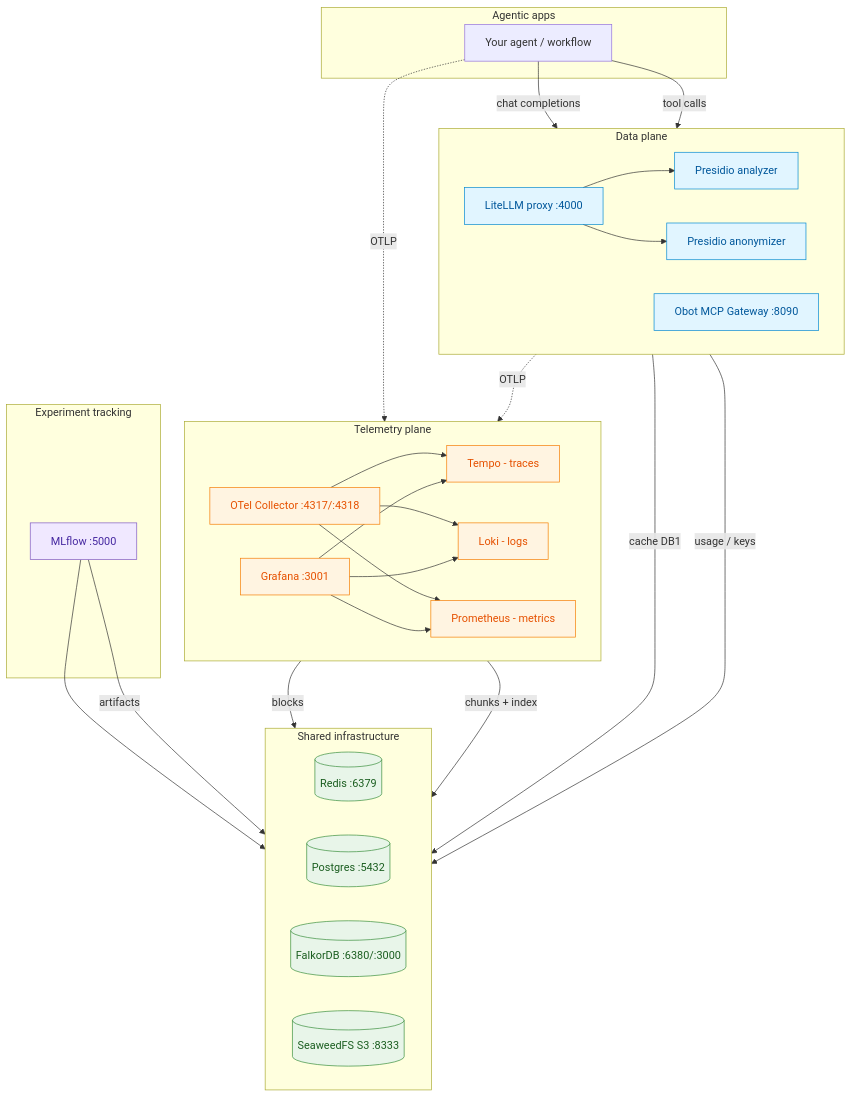
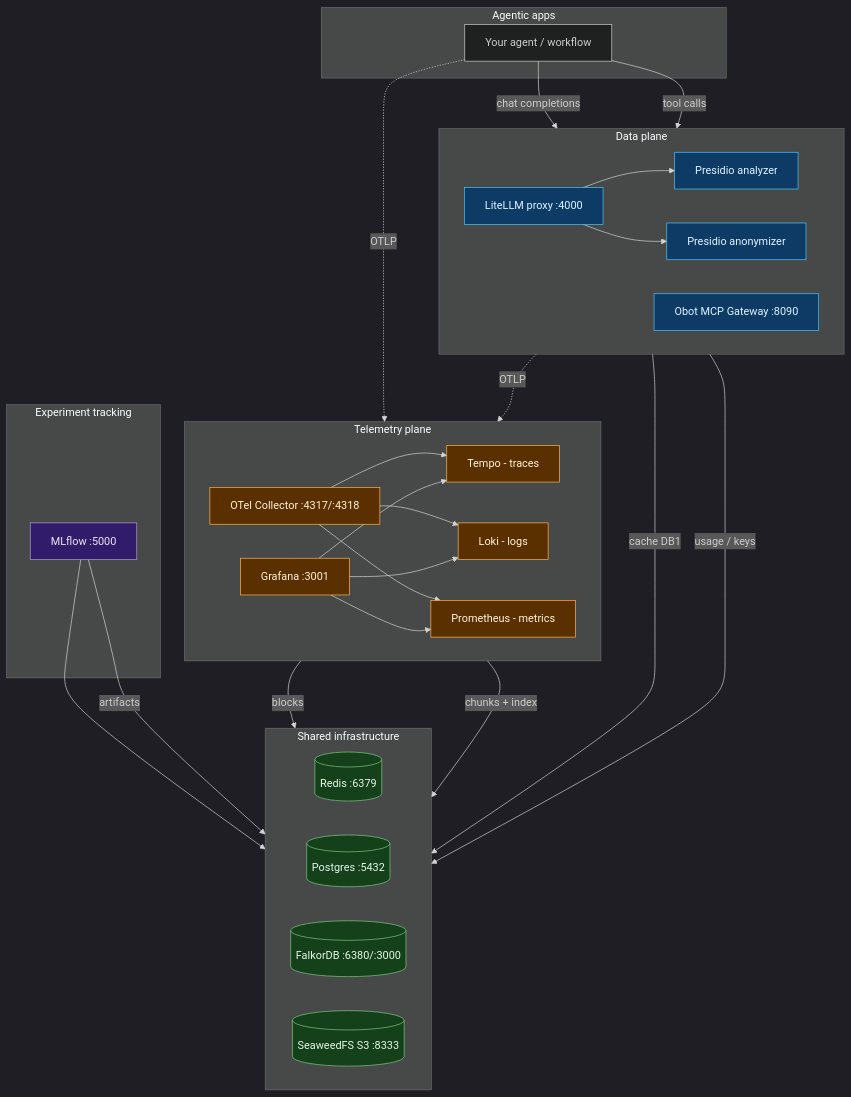
One commit to PhillipMaree/agentic-enterprise changed the diagram in README.md. Above: the diagram before and after it, drawn with Mermaid. The commit also changed other lines of this file and 1 other file, not shown here.

Commit message:
[AGP#1] Render architecture diagram inline as dark Mermaid
- Drop the architecture.png embed and <details> wrapper; GitHub renders Mermaid inline
- Force dark theme via init directive; recolor plane classes to dark fills with light text
- Remove the now-unused docs/img/architecture.png

````diff
--- a/README.md
+++ b/README.md
@@ -26,69 +21,70 @@
 ```mermaid
+%%{init: {'theme': 'dark'}}%%
 flowchart TB
     subgraph clients [Agentic apps]
         app[Your agent / workflow]
     end
 
     subgraph data [Data plane]
         direction LR
         litellm[LiteLLM proxy :4000]
         mcp[Obot MCP Gateway :8090]
         presidio_a[Presidio analyzer]
         presidio_o[Presidio anonymizer]
     end
 
     subgraph tracking [Experiment tracking]
         mlflow[MLflow :5000]
     end
 
     subgraph telemetry [Telemetry plane]
         direction LR
         otel[OTel Collector :4317/:4318]
         tempo[Tempo - traces]
         loki[Loki - logs]
         prom[Prometheus - metrics]
         grafana[Grafana :3001]
     end
 
     subgraph infra [Shared infrastructure]
         direction LR
         redis[(Redis :6379)]
         postgres[(Postgres :5432)]
         falkordb[(FalkorDB :6380/:3000)]
         seaweedfs[(SeaweedFS S3 :8333)]
     end
 
     app -->|chat completions| litellm
     app -->|tool calls| mcp
     app -.->|OTLP| otel
 
     litellm --> presidio_a
     litellm --> presidio_o
     litellm -->|cache DB1| redis
     litellm -->|usage / keys| postgres
     litellm -.->|OTLP| otel
 
     mlflow --> postgres
     mlflow -->|artifacts| seaweedfs
 
     otel --> tempo
     otel --> loki
     otel --> prom
 
     tempo -->|blocks| seaweedfs
     loki -->|chunks + index| seaweedfs
 
     grafana --> tempo
     grafana --> loki
     grafana --> prom
 
-    classDef dataplane fill:#e1f5ff,stroke:#0288d1,color:#01579b
-    classDef telemetryplane fill:#fff4e1,stroke:#f57c00,color:#e65100
-    classDef trackingplane fill:#f0e8ff,stroke:#7e57c2,color:#4527a0
-    classDef infraplane fill:#e8f5e9,stroke:#388e3c,color:#1b5e20
+    classDef dataplane fill:#0d3b66,stroke:#4fc3f7,color:#e1f5ff
+    classDef telemetryplane fill:#5a3000,stroke:#ffb74d,color:#fff3e0
+    classDef trackingplane fill:#311b6b,stroke:#b39ddb,color:#ede7f6
+    classDef infraplane fill:#14401a,stroke:#81c784,color:#e8f5e9
 
     class litellm,mcp,presidio_a,presidio_o dataplane
     class otel,tempo,loki,prom,grafana telemetryplane
     class mlflow trackingplane
     class redis,postgres,falkordb,seaweedfs infraplane
 ```
````
